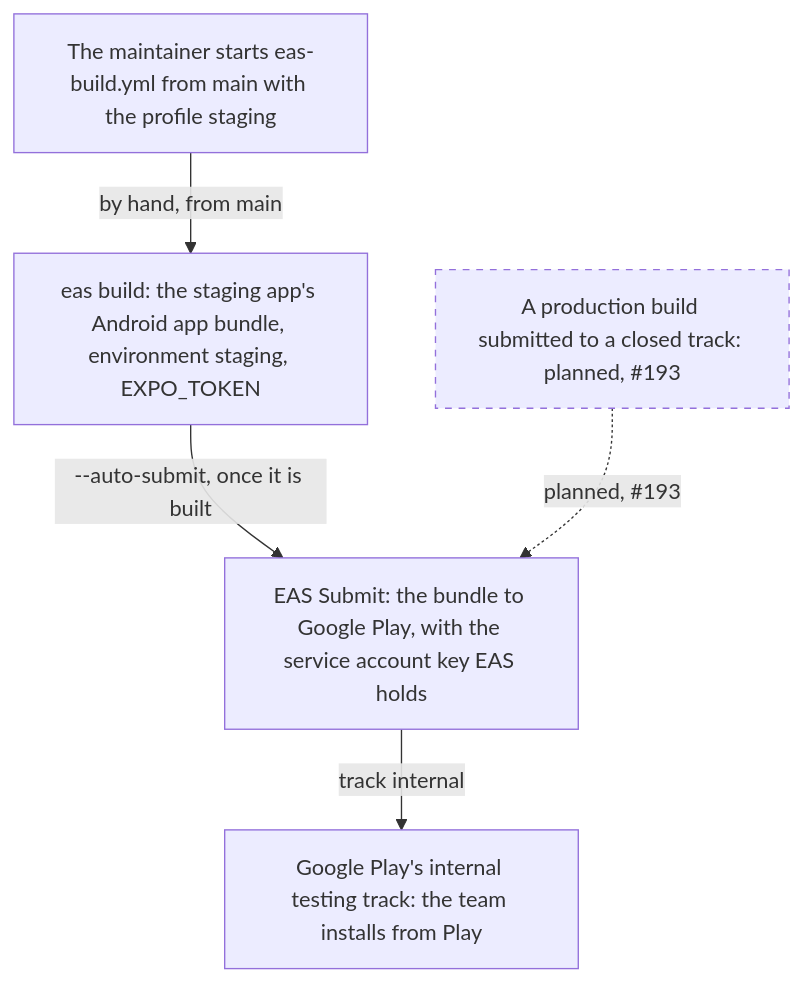
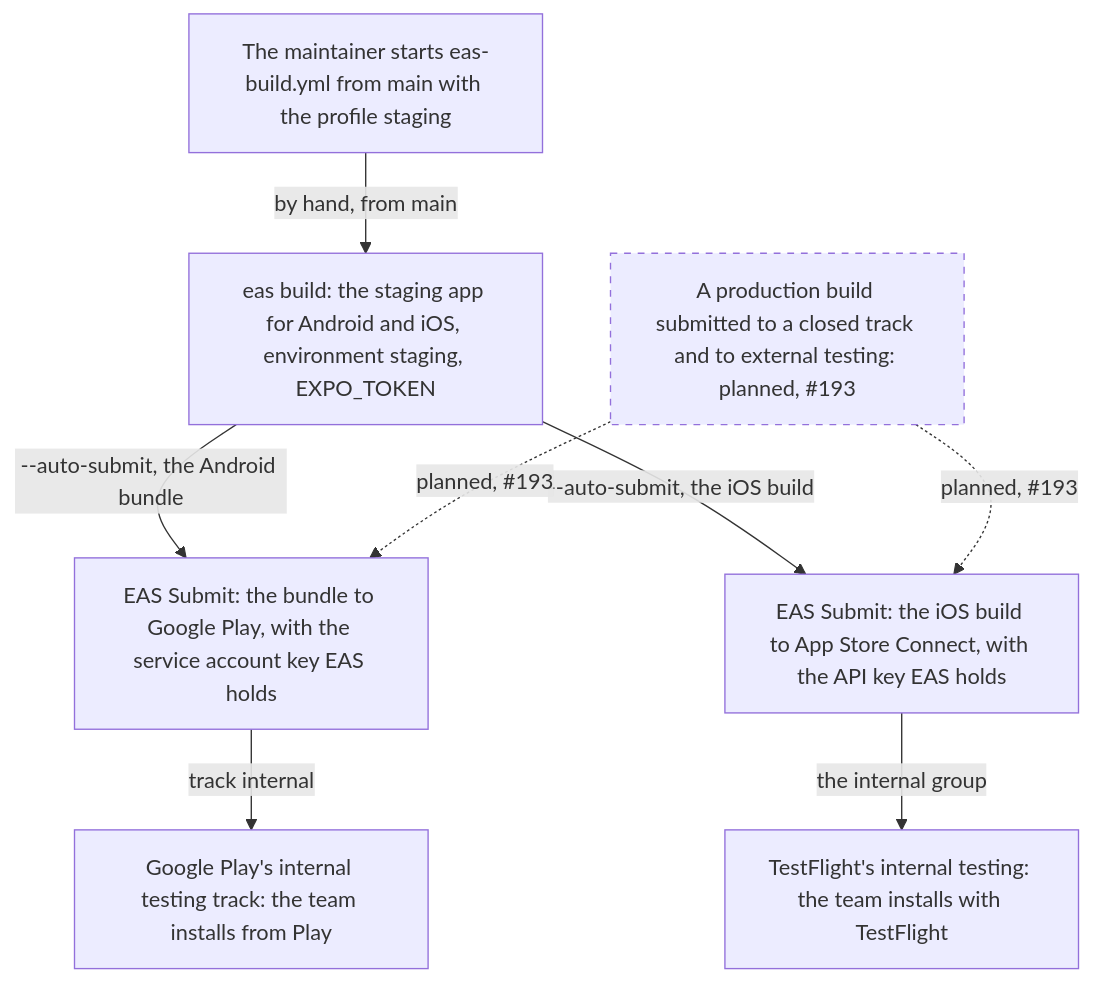
Before and after one commit to kuutti-ry/kuutti-app: the fourth of 4 diagrams in docs/architecture/delivery.md, drawn with Mermaid. The commit also changed other lines of this file and 21 other files, not shown here.

First line of the commit message:
Submit the staging app to TestFlight's internal testing (#193) (#605)

````diff
--- a/docs/architecture/delivery.md
+++ b/docs/architecture/delivery.md
@@ -186,15 +186,20 @@
 ```mermaid
 flowchart TB
   accTitle: Delivery, part 4: a store build by hand
-  accDescr: The maintainer starts eas-build.yml from main with the profile staging. EAS builds the staging app's Android app bundle in the environment staging with EXPO_TOKEN and, once it is built, submits it to Google Play's internal testing track with the service account key EAS holds; no GitHub environment holds a Google credential. The team installs the app from Play. A production build submitted to a closed track is planned.
+  accDescr: The maintainer starts eas-build.yml from main with the profile staging. EAS builds the staging app for both platforms in the environment staging with EXPO_TOKEN and, once each is built, submits the Android app bundle to Google Play's internal testing track with the service account key EAS holds, and the iOS build to App Store Connect with the App Store Connect API key EAS holds; no GitHub environment holds a Google or an Apple credential. The team installs the app from Play or from TestFlight's internal testing. A production build submitted to a closed track and to TestFlight's external testing is planned.
   n37["The maintainer starts eas-build.yml from main with the profile staging"]
-  n38["eas build: the staging app's Android app bundle, environment staging, EXPO_TOKEN"]
+  n38["eas build: the staging app for Android and iOS, environment staging, EXPO_TOKEN"]
   n39["EAS Submit: the bundle to Google Play, with the service account key EAS holds"]
   n40["Google Play's internal testing track: the team installs from Play"]
-  n41["A production build submitted to a closed track: planned, #193"]:::notbuilt
+  n41["EAS Submit: the iOS build to App Store Connect, with the API key EAS holds"]
+  n42["TestFlight's internal testing: the team installs with TestFlight"]
+  n43["A production build submitted to a closed track and to external testing: planned, #193"]:::notbuilt
   n37 -->|"by hand, from main"| n38
-  n38 -->|"--auto-submit, once it is built"| n39
+  n38 -->|"--auto-submit, the Android bundle"| n39
   n39 -->|"track internal"| n40
-  n41 -.->|"planned, #193"| n39
+  n38 -->|"--auto-submit, the iOS build"| n41
+  n41 -->|"the internal group"| n42
+  n43 -.->|"planned, #193"| n39
+  n43 -.->|"planned, #193"| n41
   classDef notbuilt stroke-dasharray: 5 5
 ```
````
